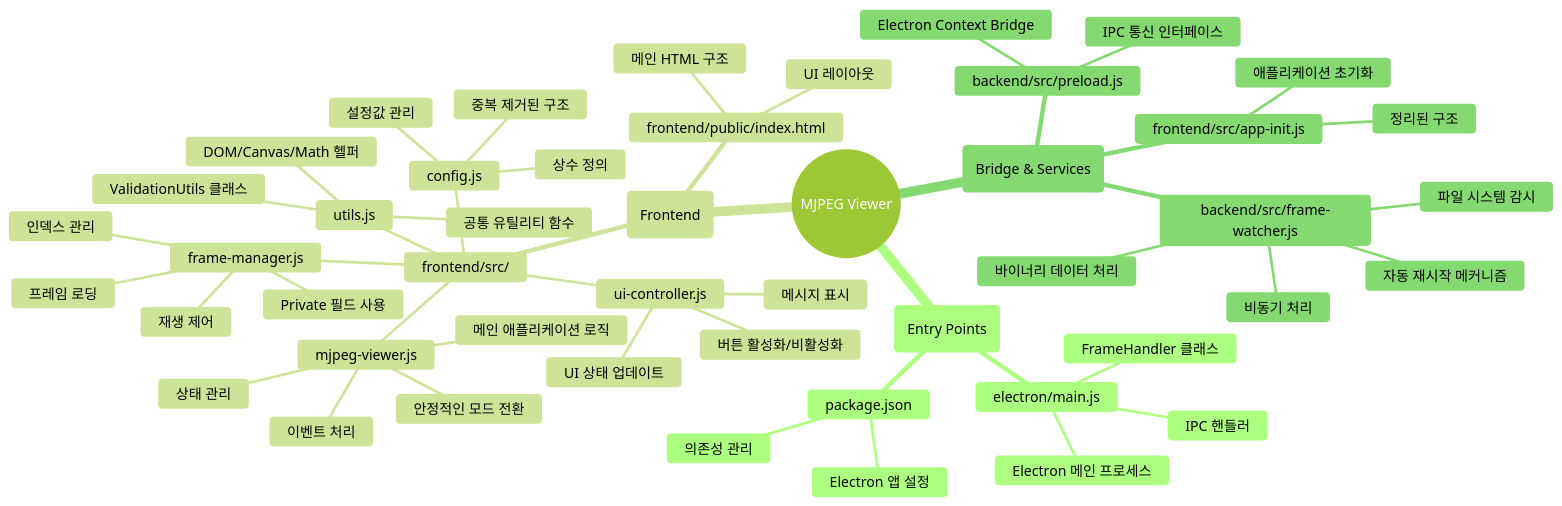
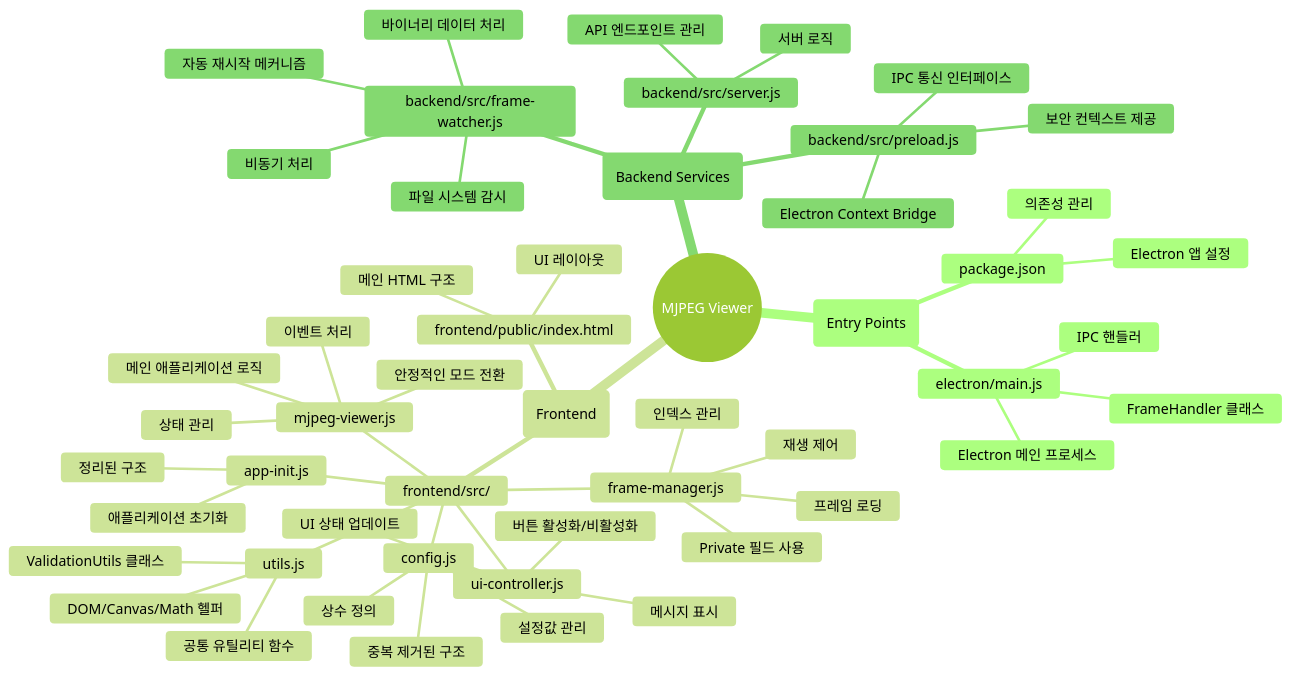
Before and after one commit to ddonyo/camera: the second of 4 diagrams in README.md, drawn with Mermaid (forest theme). The commit also changed other lines of this file, not shown here.

````diff
--- a/README.md
+++ b/README.md
@@ -152,51 +159,55 @@
 ```mermaid
 mindmap
   root((MJPEG Viewer))
     (Entry Points)
       package.json
         Electron 앱 설정
         의존성 관리
       electron/main.js
         Electron 메인 프로세스
         FrameHandler 클래스
         IPC 핸들러
     (Frontend)
       frontend/public/index.html
         메인 HTML 구조
         UI 레이아웃
       frontend/src/
         mjpeg-viewer.js
           메인 애플리케이션 로직
           상태 관리
           이벤트 처리
           안정적인 모드 전환
         frame-manager.js
           프레임 로딩
           재생 제어
           인덱스 관리
           Private 필드 사용
         ui-controller.js
           UI 상태 업데이트
           버튼 활성화/비활성화
           메시지 표시
         config.js
           상수 정의
           설정값 관리
           중복 제거된 구조
         utils.js
           공통 유틸리티 함수
           ValidationUtils 클래스
           DOM/Canvas/Math 헬퍼
-    (Bridge & Services)
-      backend/src/preload.js
-        Electron Context Bridge
-        IPC 통신 인터페이스
+        app-init.js
+          애플리케이션 초기화
+          정리된 구조
+    (Backend Services)
       backend/src/frame-watcher.js
         파일 시스템 감시
         바이너리 데이터 처리
         자동 재시작 메커니즘
         비동기 처리
-      frontend/src/app-init.js
-        애플리케이션 초기화
-        정리된 구조
+      backend/src/server.js
+        서버 로직
+        API 엔드포인트 관리
+      backend/src/preload.js
+        Electron Context Bridge
+        IPC 통신 인터페이스
+        보안 컨텍스트 제공
 ```
````
